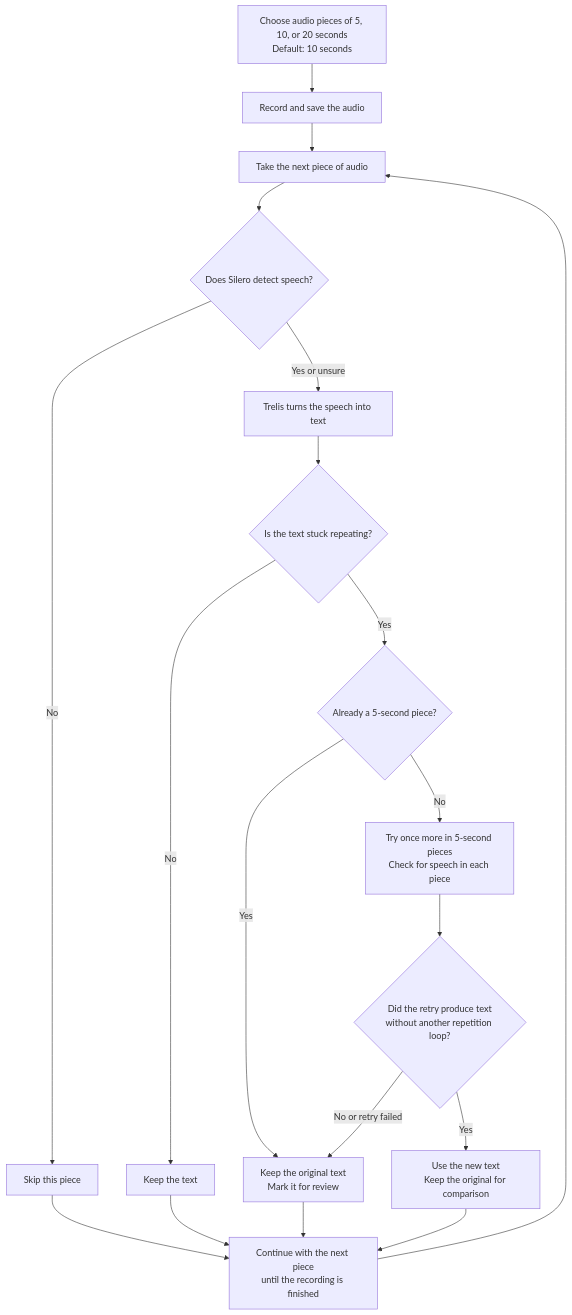
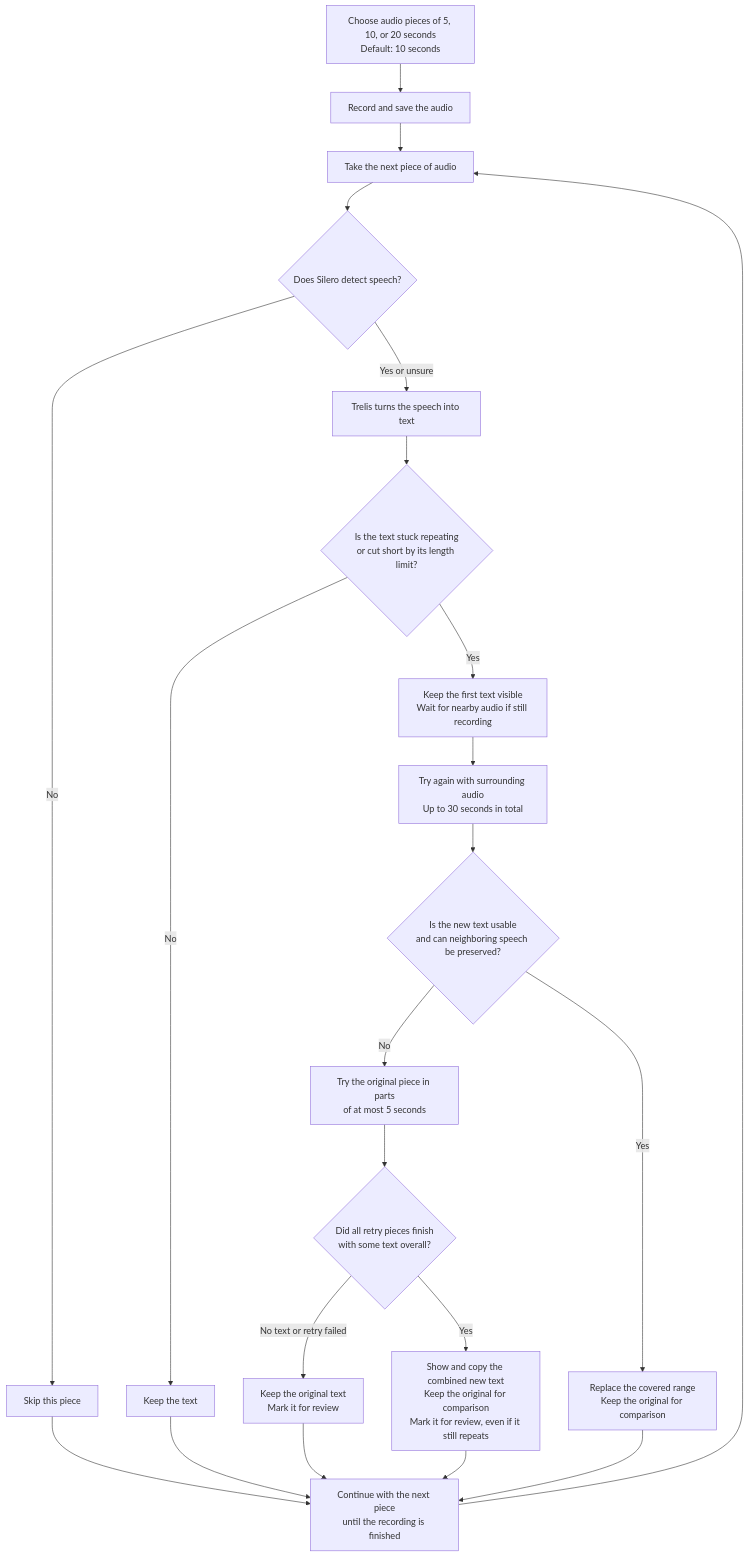
One commit to Ripplescale/Hinglish-Transcription-Platform changed the second of 2 diagrams in docs/HOW_IT_WORKS.md. Above: the diagram before and after it, drawn with Mermaid. The commit also changed other lines of this file and 32 other files, not shown here.

````diff
--- a/docs/HOW_IT_WORKS.md
+++ b/docs/HOW_IT_WORKS.md
@@ -35,21 +35,24 @@
 ```mermaid
 flowchart TD
     A["Choose audio pieces of 5, 10, or 20 seconds<br/>Default: 10 seconds"] --> B["Record and save the audio"]
     B --> C["Take the next piece of audio"]
     C --> D{"Does Silero detect speech?"}
     D -->|No| E["Skip this piece"]
     D -->|"Yes or unsure"| F["Trelis turns the speech into text"]
-    F --> G{"Is the text stuck repeating?"}
+    F --> G{"Is the text stuck repeating<br/>or cut short by its length limit?"}
     G -->|No| H["Keep the text"]
-    G -->|Yes| I{"Already a 5-second piece?"}
-    I -->|Yes| J["Keep the original text<br/>Mark it for review"]
-    I -->|No| K["Try once more in 5-second pieces<br/>Check for speech in each piece"]
-    K --> L{"Did the retry produce text<br/>without another repetition loop?"}
-    L -->|Yes| M["Use the new text<br/>Keep the original for comparison"]
-    L -->|"No or retry failed"| J
+    G -->|Yes| I["Keep the first text visible<br/>Wait for nearby audio if still recording"]
+    I --> P["Try again with surrounding audio<br/>Up to 30 seconds in total"]
+    P --> Q{"Is the new text usable<br/>and can neighboring speech be preserved?"}
+    Q -->|Yes| R["Replace the covered range<br/>Keep the original for comparison"]
+    Q -->|No| K["Try the original piece in parts<br/>of at most 5 seconds"]
+    K --> L{"Did all retry pieces finish<br/>with some text overall?"}
+    L -->|Yes| M["Show and copy the combined new text<br/>Keep the original for comparison<br/>Mark it for review, even if it still repeats"]
+    L -->|"No text or retry failed"| J["Keep the original text<br/>Mark it for review"]
     E --> N["Continue with the next piece<br/>until the recording is finished"]
     H --> N
     J --> N
     M --> N
+    R --> N
     N --> C
 ```
````
